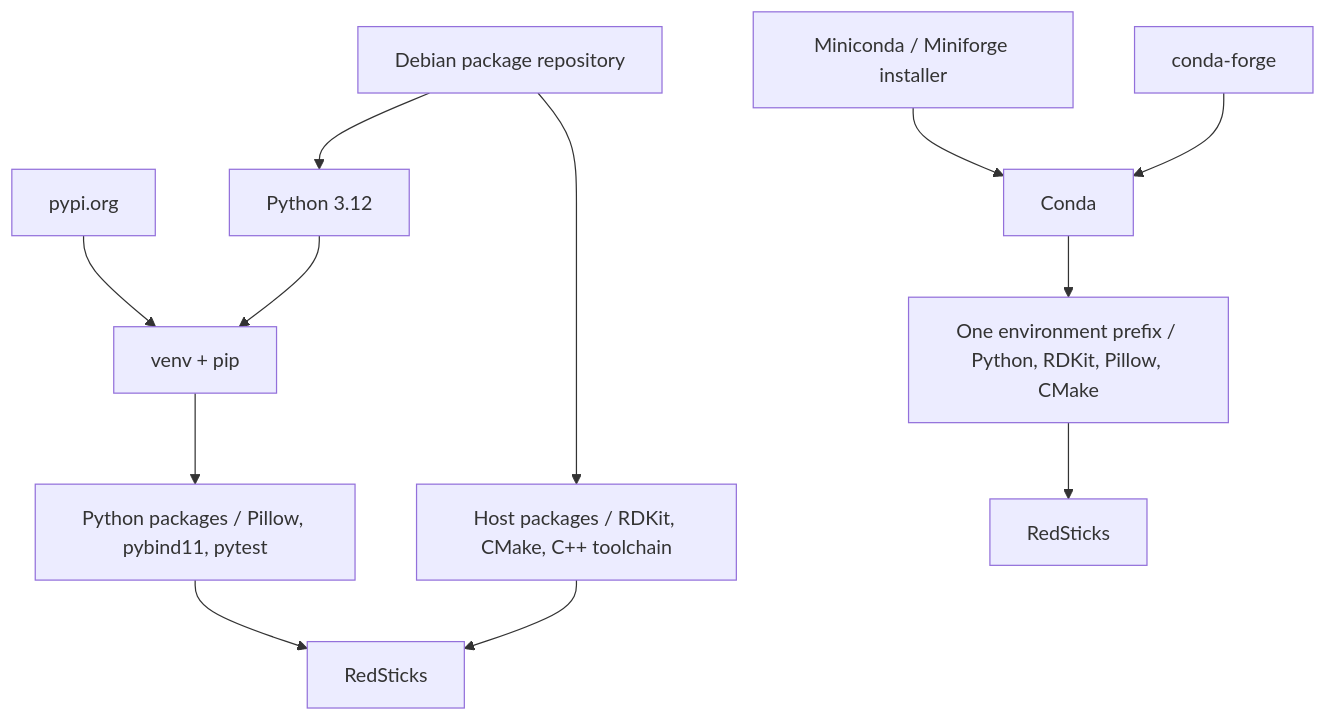
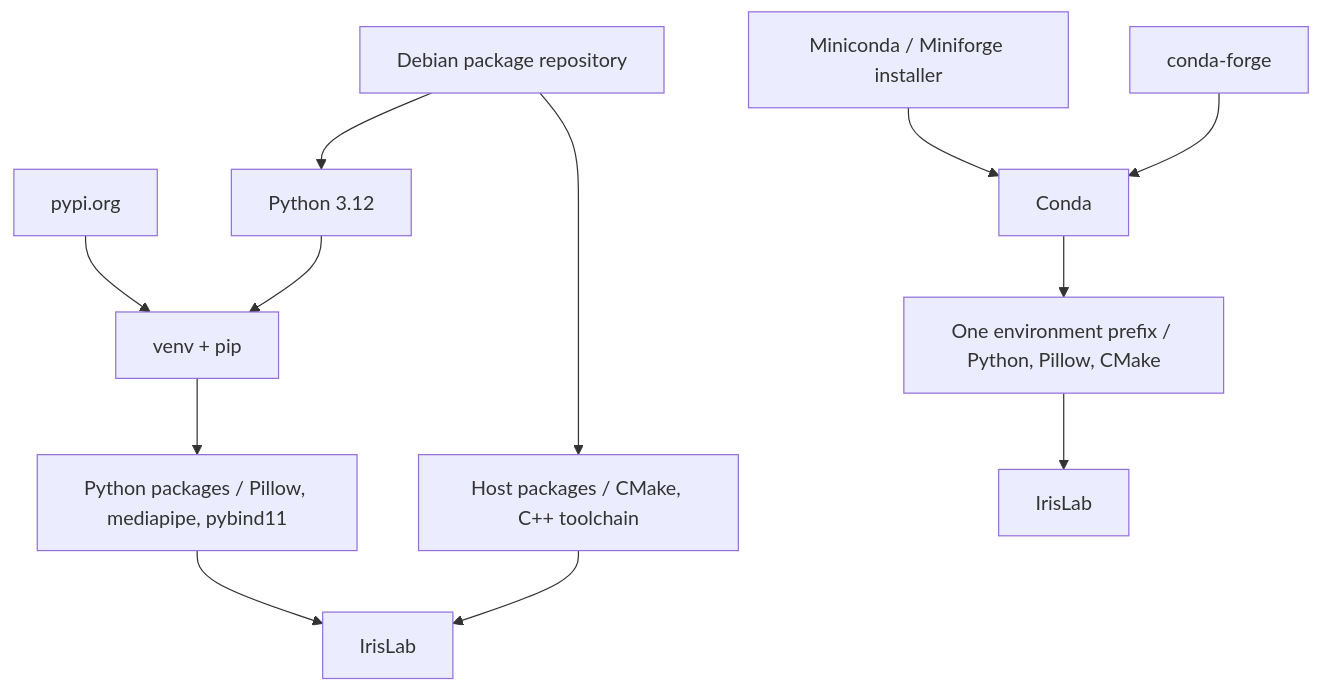
One commit to ValentinTwin1206/modern-python-devops-egineering changed the diagram in docs/chapter-01/section-03.md. Above: the diagram before and after it, drawn with Mermaid. The commit also changed other lines of this file and 40 other files, not shown here.

````diff
--- a/docs/chapter-01/section-03.md
+++ b/docs/chapter-01/section-03.md
@@ -23,20 +23,20 @@
 ```mermaid
 graph TB
     PYPI["pypi.org"]
     DEBIAN["Debian package repository"]
     CONDA_INSTALLER["Miniconda / Miniforge installer"]
     CONDA_FORGE["conda-forge"]
 
     PYPI --> VENV["venv + pip"]
     DEBIAN --> VENV_PY["Python 3.12"]
     VENV_PY --> VENV
-    VENV --> VENV_DEPS["Python packages / Pillow, pybind11, pytest"]
-    DEBIAN --> HOST_DEPS["Host packages / RDKit, CMake, C++ toolchain"]
-    VENV_DEPS --> VENV_APP["RedSticks"]
+    VENV --> VENV_DEPS["Python packages / Pillow, mediapipe, pybind11"]
+    DEBIAN --> HOST_DEPS["Host packages / CMake, C++ toolchain"]
+    VENV_DEPS --> VENV_APP["IrisLab"]
     HOST_DEPS --> VENV_APP
 
     CONDA_INSTALLER --> CONDA["Conda"]
     CONDA_FORGE --> CONDA
-    CONDA --> CONDA_DEPS["One environment prefix / Python, RDKit, Pillow, CMake"]
-    CONDA_DEPS --> CONDA_APP["RedSticks"]
+    CONDA --> CONDA_DEPS["One environment prefix / Python, Pillow, CMake"]
+    CONDA_DEPS --> CONDA_APP["IrisLab"]
 ```
````
